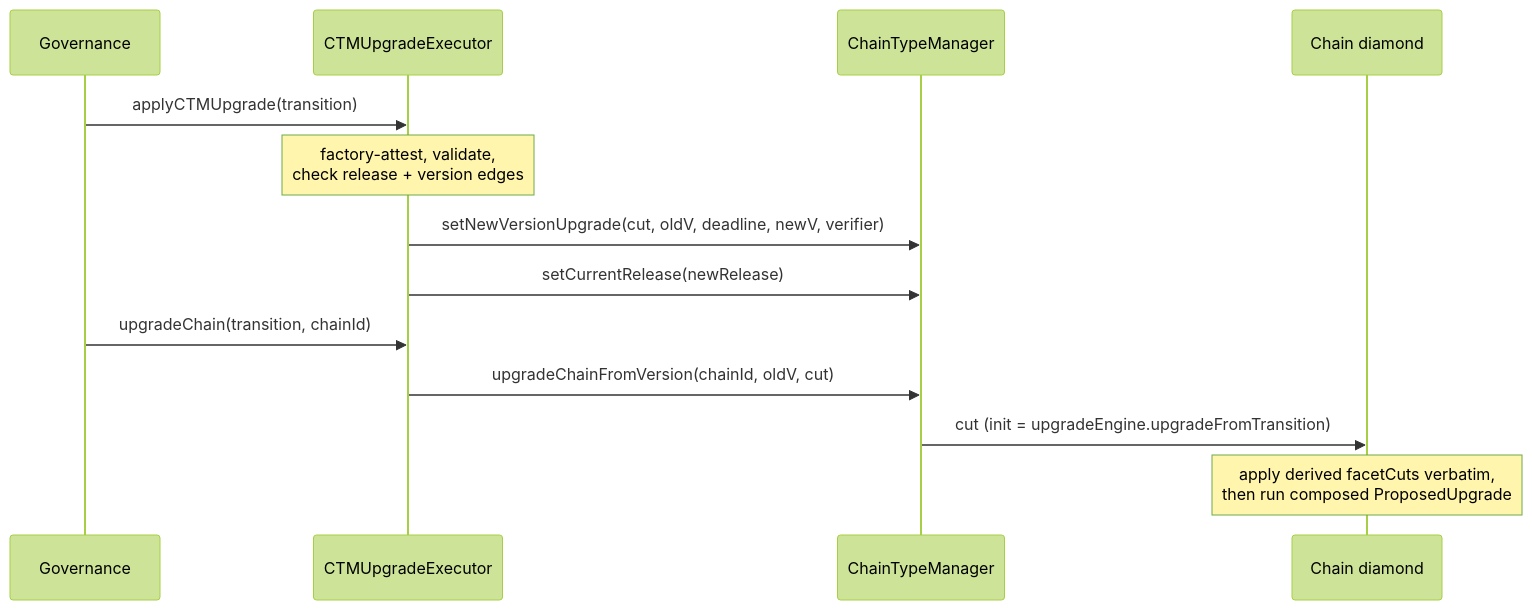
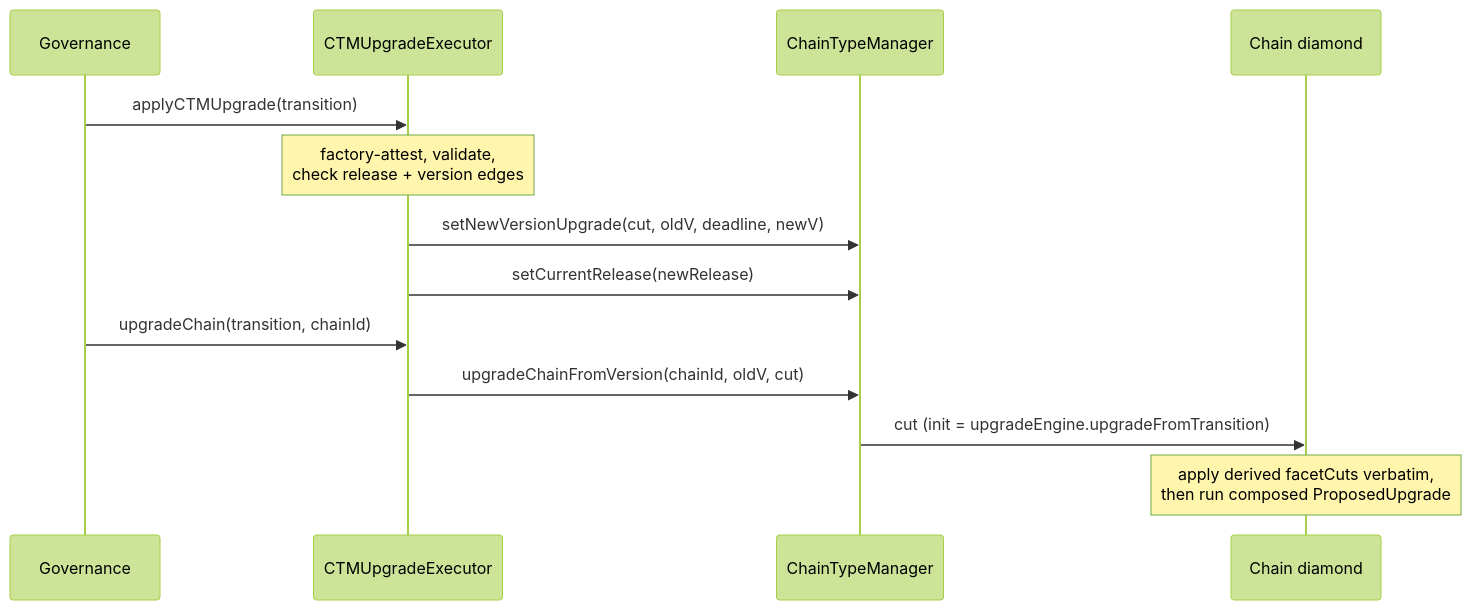
The second of 2 diagrams in docs/registry-driven-upgrades.md (matter-labs/era-contracts), drawn with Mermaid (forest theme) before and after one commit. The commit also changed other lines of this file and 60 other files, not shown here.

````diff
--- a/docs/registry-driven-upgrades.md
+++ b/docs/registry-driven-upgrades.md
@@ -148,16 +153,16 @@
 ```mermaid
 sequenceDiagram
     participant G as Governance
     participant E as CTMUpgradeExecutor
     participant C as ChainTypeManager
     participant D as Chain diamond
 
     G->>E: applyCTMUpgrade(transition)
     Note over E: factory-attest, validate,<br/>check release + version edges
-    E->>C: setNewVersionUpgrade(cut, oldV, deadline, newV, verifier)
+    E->>C: setNewVersionUpgrade(cut, oldV, deadline, newV)
     E->>C: setCurrentRelease(newRelease)
     G->>E: upgradeChain(transition, chainId)
     E->>C: upgradeChainFromVersion(chainId, oldV, cut)
     C->>D: cut (init = upgradeEngine.upgradeFromTransition)
     Note over D: apply derived facetCuts verbatim,<br/>then run composed ProposedUpgrade
 ```
````
